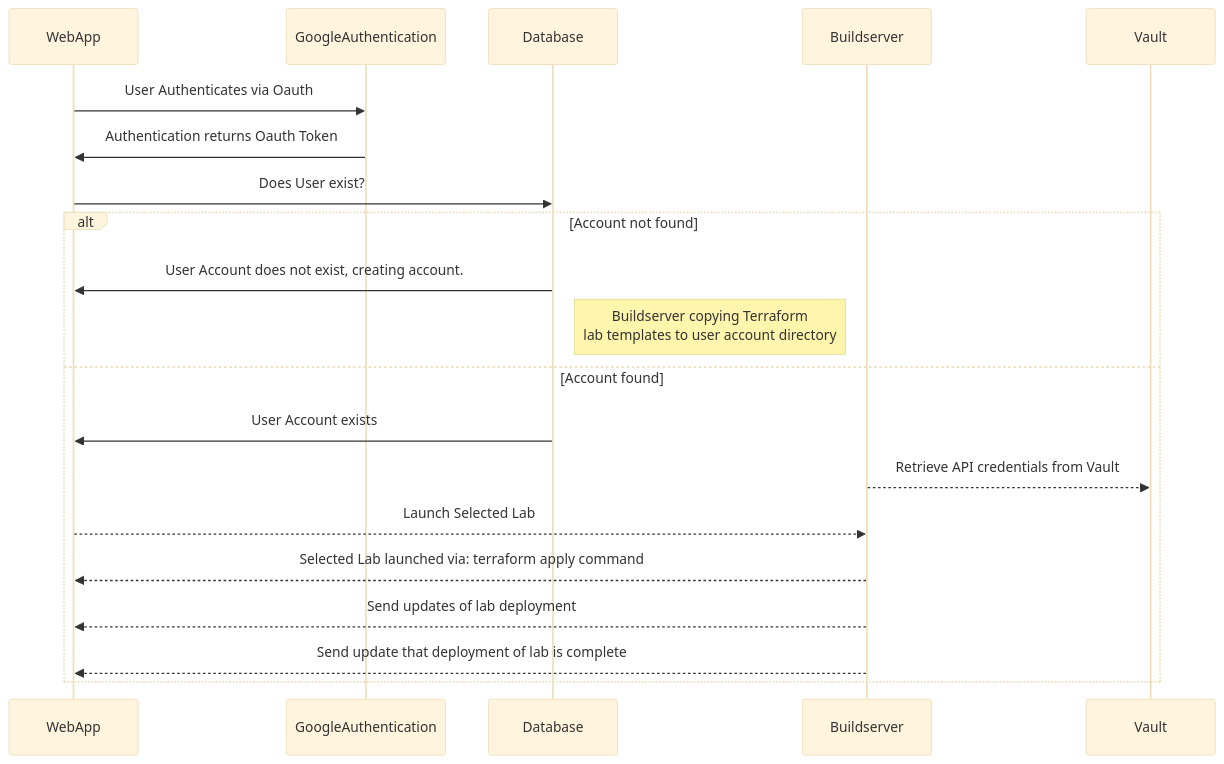
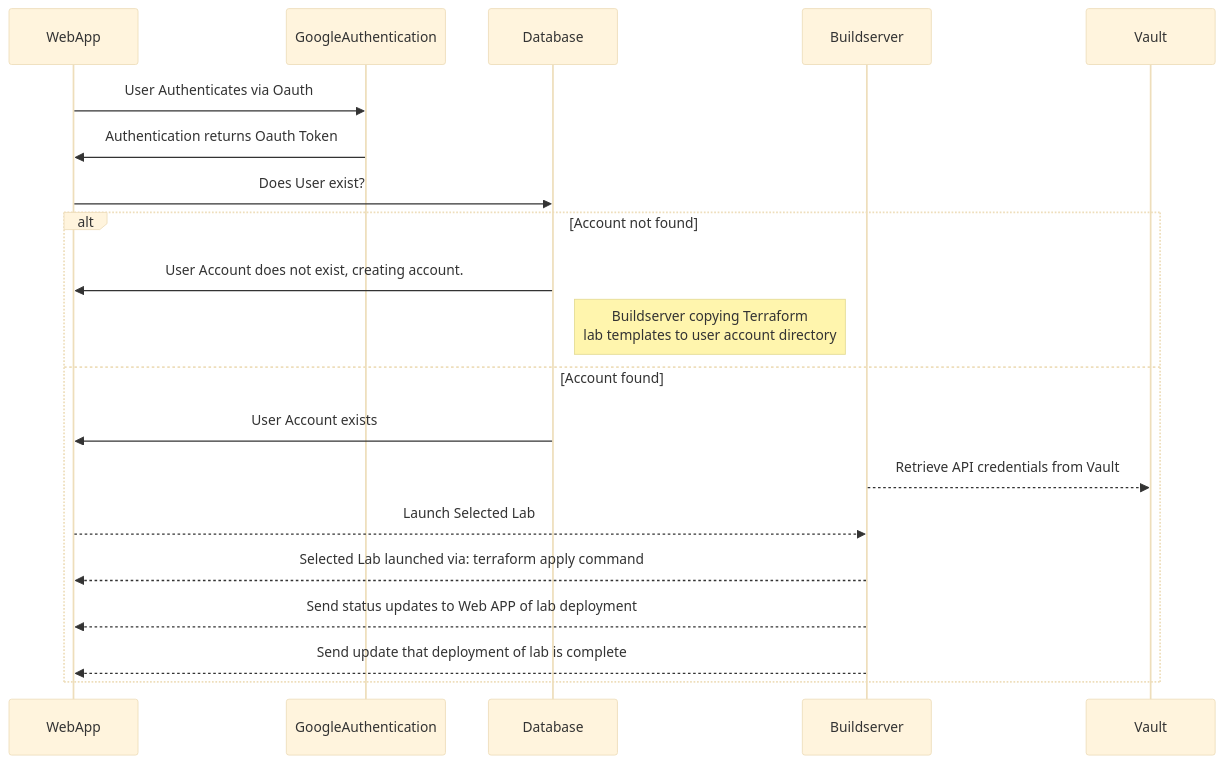
Before and after one commit to illinoistech-itm/CyberRange: the diagram in diagrams/api-flow.md, drawn with Mermaid (base theme).

Commit message:
update complete status

````diff
--- a/diagrams/api-flow.md
+++ b/diagrams/api-flow.md
@@ -29,20 +29,20 @@
 ```mermaid
 sequenceDiagram
     
     WebApp ->> GoogleAuthentication: User Authenticates via Oauth
     GoogleAuthentication ->> WebApp: Authentication returns Oauth Token
     WebApp ->> Database: Does User exist?
     
     alt Account not found
         Database->>WebApp: User Account does not exist, creating account. 
         Note right of Database: Buildserver copying Terraform <br /> lab templates to user account directory
     else Account found
         Database->>WebApp: User Account exists
         Buildserver-->>Vault: Retrieve API credentials from Vault     
         WebApp-->>Buildserver: Launch Selected Lab
         Buildserver-->>WebApp: Selected Lab launched via: terraform apply command
-        Buildserver-->>WebApp: Send updates of lab deployment
+        Buildserver-->>WebApp: Send status updates to Web APP of lab deployment
         Buildserver-->>WebApp: Send update that deployment of lab is complete
 
 end
 ```
````
